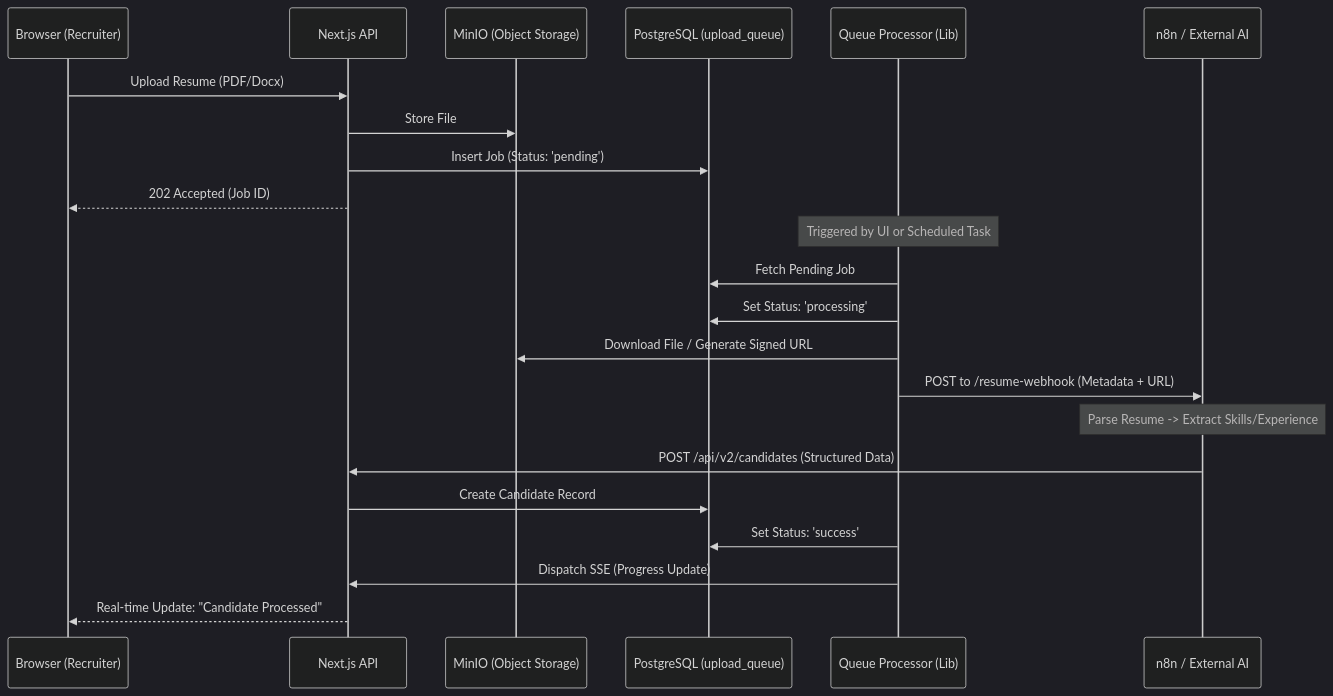
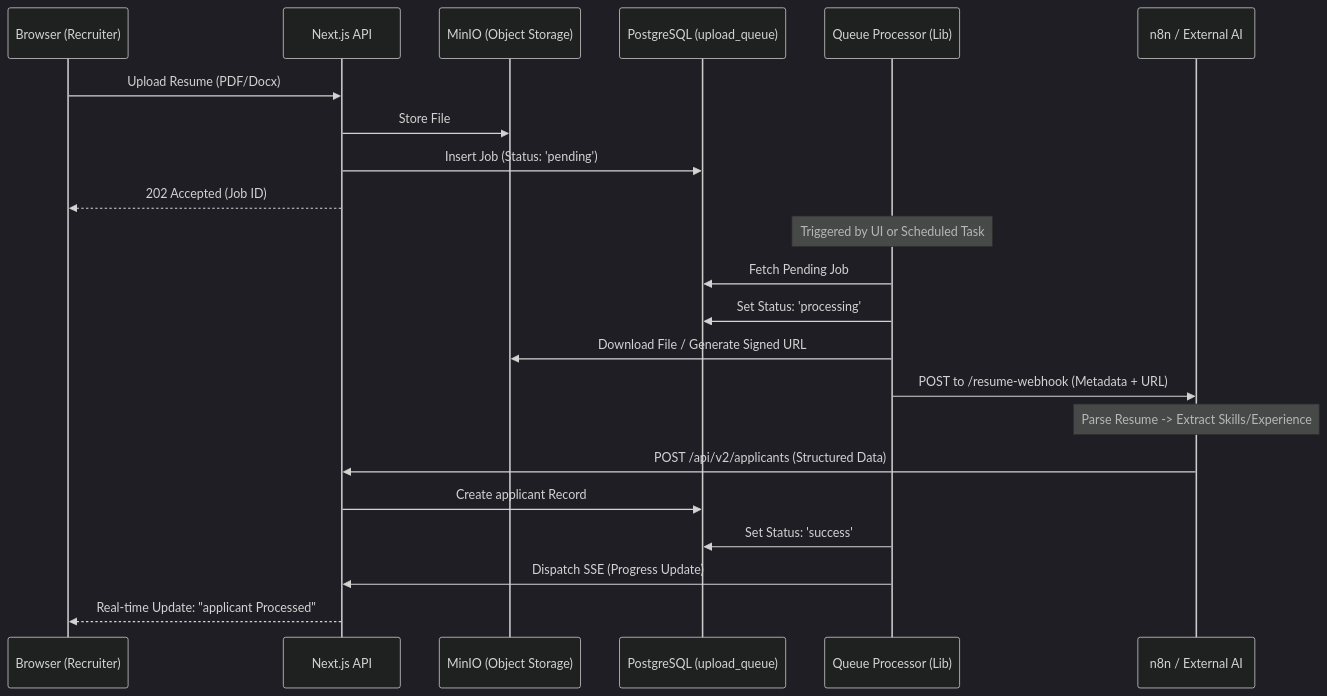
One commit to poojaroonwit/studio changed the diagram in docs/workflows/Process Queue Flow.md. Above: the diagram before and after it, drawn with Mermaid (dark theme). The commit also changed other lines of this file and 374 other files, not shown here.

Commit message:
Refactor: Rename candidate to applicant terminology and update related components

````diff
--- a/docs/workflows/Process Queue Flow.md
+++ b/docs/workflows/Process Queue Flow.md
@@ -15,32 +15,32 @@
 ```mermaid
 sequenceDiagram
     participant UI as Browser (Recruiter)
     participant API as Next.js API
     participant S3 as MinIO (Object Storage)
     participant DB as PostgreSQL (upload_queue)
     participant Proc as Queue Processor (Lib)
     participant n8n as n8n / External AI
 
     %% Ingestion Phase
     UI->>API: Upload Resume (PDF/Docx)
     API->>S3: Store File
     API->>DB: Insert Job (Status: 'pending')
     API-->>UI: 202 Accepted (Job ID)
 
     %% Processing Phase
     Note over Proc: Triggered by UI or Scheduled Task
     Proc->>DB: Fetch Pending Job
     Proc->>DB: Set Status: 'processing'
     Proc->>S3: Download File / Generate Signed URL
     Proc->>n8n: POST to /resume-webhook (Metadata + URL)
 
     %% Action Phase
     Note over n8n: Parse Resume -> Extract Skills/Experience
-    n8n->>API: POST /api/v2/candidates (Structured Data)
-    API->>DB: Create Candidate Record
+    n8n->>API: POST /api/v2/applicants (Structured Data)
+    API->>DB: Create applicant Record
 
     %% Completion Phase
     Proc->>DB: Set Status: 'success'
     Proc->>API: Dispatch SSE (Progress Update)
-    API-->>UI: Real-time Update: "Candidate Processed"
+    API-->>UI: Real-time Update: "applicant Processed"
 ```
````
